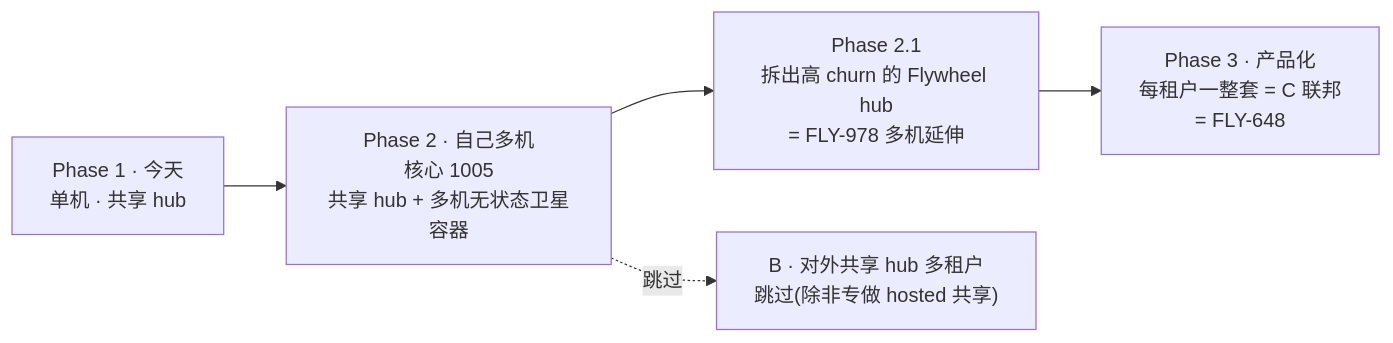
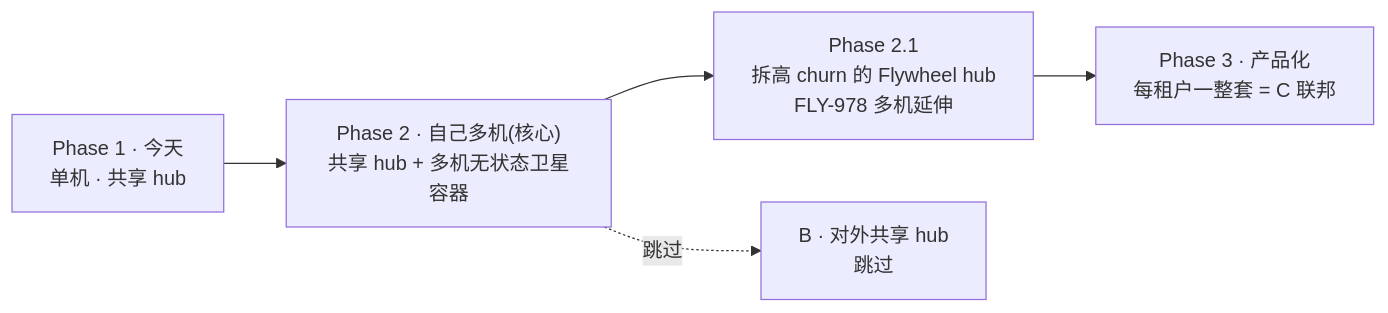
The third of 8 diagrams in engineering/doc/FLY-1005-multi-machine/prd.md (xrliAnnie/flywheel-qa-sandbox), drawn with Mermaid before and after one commit. The commit also changed other lines of this file, not shown here.

````diff
--- a/engineering/doc/FLY-1005-multi-machine/prd.md
+++ b/engineering/doc/FLY-1005-multi-machine/prd.md
@@ -23,8 +128,8 @@
 ```mermaid
 flowchart LR
-  P1["Phase 1 · 今天<br/>单机 · 共享 hub"] --> P2["Phase 2 · 自己多机<br/>核心 1005<br/>共享 hub + 多机无状态卫星容器"]
-  P2 --> P21["Phase 2.1<br/>拆出高 churn 的 Flywheel hub<br/>= FLY-978 多机延伸"]
-  P21 --> P3["Phase 3 · 产品化<br/>每租户一整套 = C 联邦<br/>= FLY-648"]
-  B["B · 对外共享 hub 多租户<br/>跳过(除非专做 hosted 共享)"]
-  P2 -. 跳过 .-> B
+  P1["Phase 1 · 今天<br/>单机 · 共享 hub"] --> P2["Phase 2 · 自己多机(核心)<br/>共享 hub + 多机无状态卫星容器"]
+  P2 --> P21["Phase 2.1<br/>拆高 churn 的 Flywheel hub<br/>FLY-978 多机延伸"]
+  P21 --> P3["Phase 3 · 产品化<br/>每租户一整套 = C 联邦"]
+  B["B · 对外共享 hub<br/>跳过"]
+  P2 -.->|"跳过"| B
 ```
````
